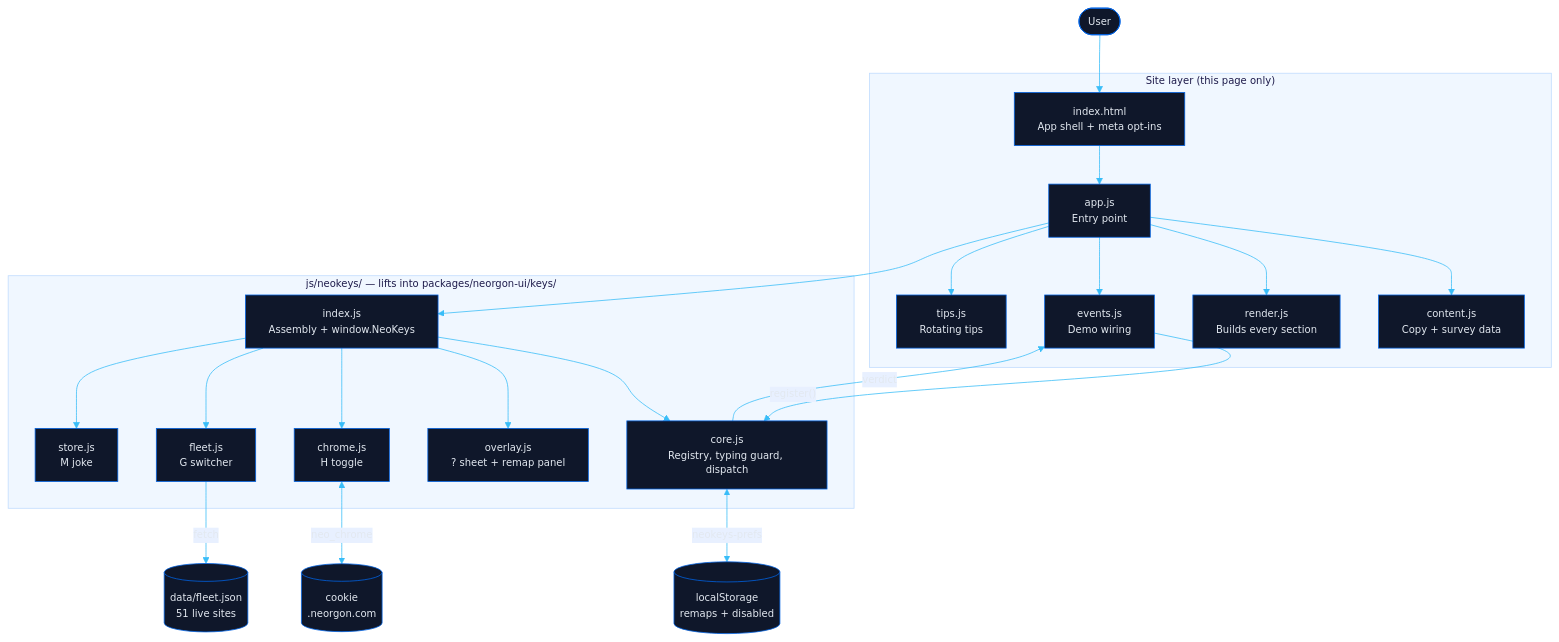
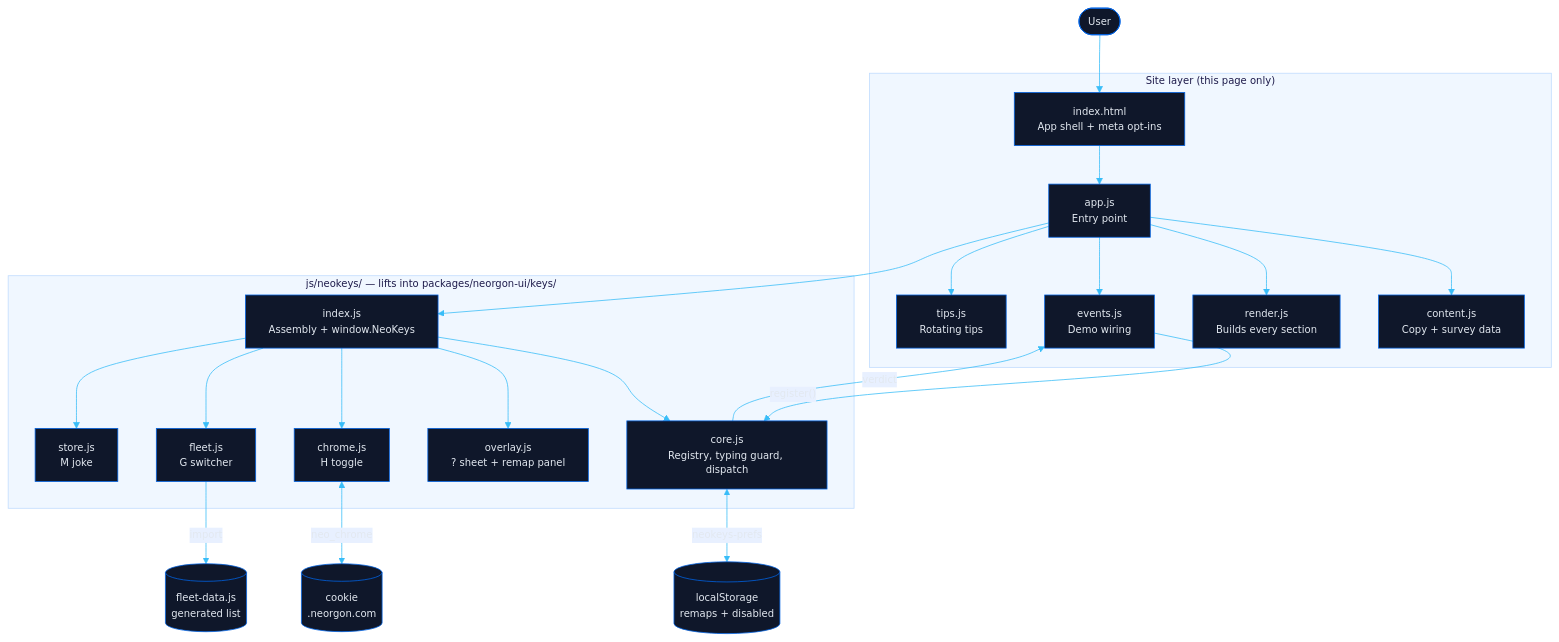
Before and after one commit to energon-a-secas/neokeys-site: the diagram in docs/architecture.mmd, drawn with Mermaid. The commit also changed 4 other files, not shown here.

Commit message:
chore(keys): Drop data/fleet.json; the G switcher reads the generated fleet-data.js

```diff
--- a/docs/architecture.mmd
+++ b/docs/architecture.mmd
@@ -1,44 +1,44 @@
 ---
 config:
   theme: base
   themeVariables:
     primaryColor: "#0f172a"
     primaryTextColor: "#e2e8f0"
     primaryBorderColor: "#0063e5"
     lineColor: "#38bdf8"
     secondaryColor: "#1e293b"
     tertiaryColor: "#1e293b"
     clusterBkg: "#f0f7ff"
     clusterBorder: "#bfdbfe"
     edgeLabelBackground: "#e8f0ff"
     mainBkg: "#0f172a"
     nodeBorder: "#0063e5"
     titleColor: "#1e1b4b"
     fontFamily: "ui-sans-serif, system-ui, -apple-system, sans-serif"
     fontSize: "13px"
 ---
 flowchart TB
     User([User]) --> HTML["index.html<br/>App shell + meta opt-ins"]
 
     subgraph Site["Site layer (this page only)"]
         HTML --> app["app.js<br/>Entry point"]
         app --> content["content.js<br/>Copy + survey data"]
         app --> render["render.js<br/>Builds every section"]
         app --> events["events.js<br/>Demo wiring"]
         app --> tips["tips.js<br/>Rotating tips"]
     end
 
     subgraph Kit["js/neokeys/ — lifts into packages/neorgon-ui/keys/"]
         app --> index["index.js<br/>Assembly + window.NeoKeys"]
         index --> core["core.js<br/>Registry, typing guard, dispatch"]
         index --> overlay["overlay.js<br/>? sheet + remap panel"]
         index --> chrome["chrome.js<br/>H toggle"]
         index --> fleet["fleet.js<br/>G switcher"]
         index --> store["store.js<br/>M joke"]
     end
 
     events -->|"register()"| core
     core -->|"verdict"| events
     core <-->|"neokeys-prefs"| LS[("localStorage<br/>remaps + disabled")]
     chrome <-->|"neo_chrome"| CK[("cookie<br/>.neorgon.com")]
-    fleet -->|"fetch"| Data[("data/fleet.json<br/>51 live sites")]
+    fleet -->|"import"| Data[("fleet-data.js<br/>generated list")]
```
